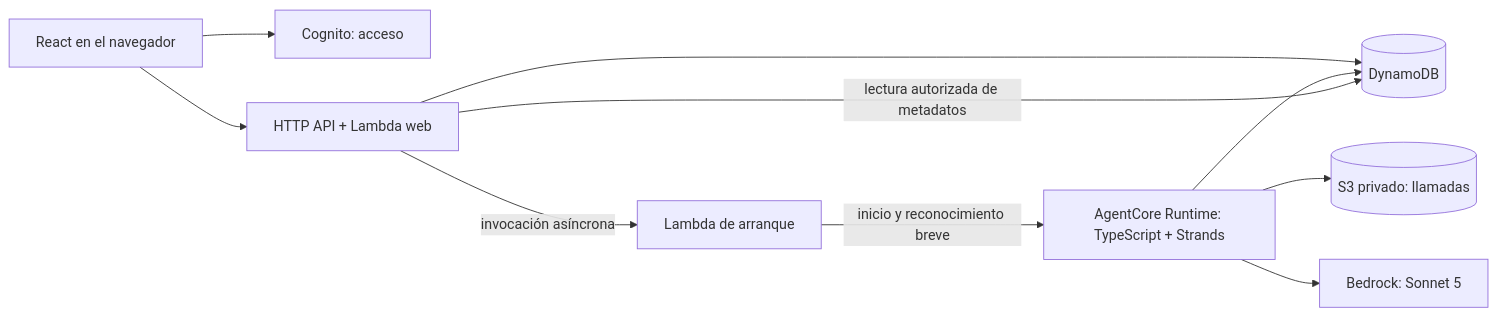
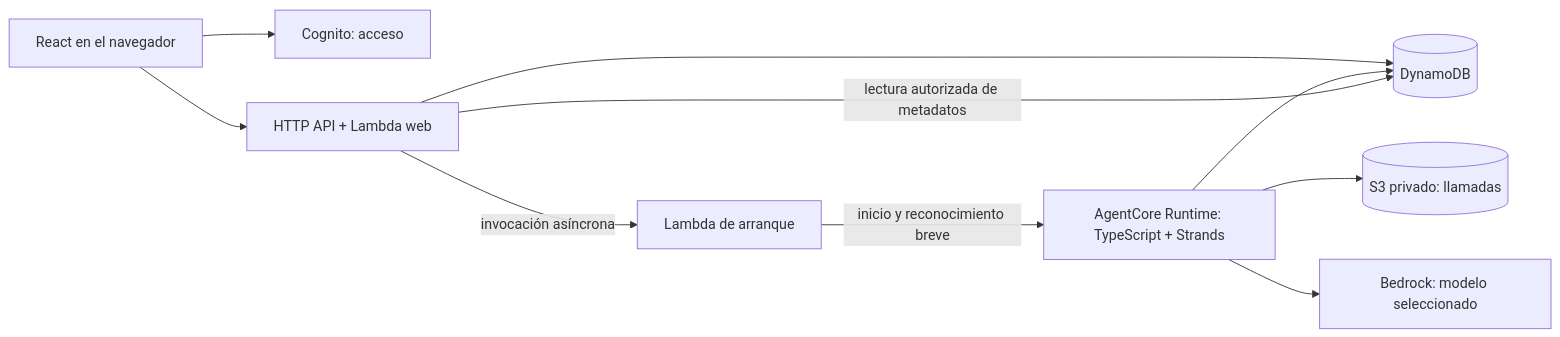
The diagram in docs/architecture/ejecucion.md (guilleojeda/prompt-runner-game), drawn with Mermaid before and after one commit. The commit also changed other lines of this file and 36 other files, not shown here.

````diff
--- a/docs/architecture/ejecucion.md
+++ b/docs/architecture/ejecucion.md
@@ -7,12 +7,12 @@
 ```mermaid
 flowchart LR
   U[React en el navegador] --> C[Cognito: acceso]
   U --> W[HTTP API + Lambda web]
   W --> D[(DynamoDB)]
   W -->|invocación asíncrona| L[Lambda de arranque]
   L -->|inicio y reconocimiento breve| R[AgentCore Runtime: TypeScript + Strands]
   R --> D
   R --> S[(S3 privado: llamadas)]
-  R --> B[Bedrock: Sonnet 5]
+  R --> B[Bedrock: modelo seleccionado]
   W -->|lectura autorizada de metadatos| D
 ```
````
